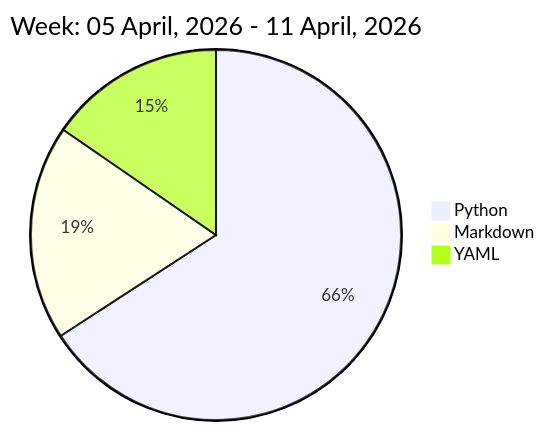
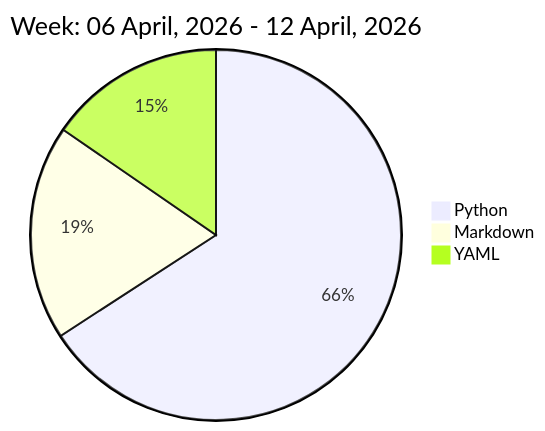
One commit to liubin95/liubin95 changed the diagram in README.md. Above: the diagram before and after it, drawn with Mermaid.

Commit message:
Updated the Graph with new Metrics

````diff
--- a/README.md
+++ b/README.md
@@ -32,7 +32,7 @@
 ```mermaid
  pie
-title Week: 05 April, 2026 - 11 April, 2026
+title Week: 06 April, 2026 - 12 April, 2026
  "Python" : 11.33
  "Markdown" : 3.23
  "YAML" : 2.65
 ```
````
